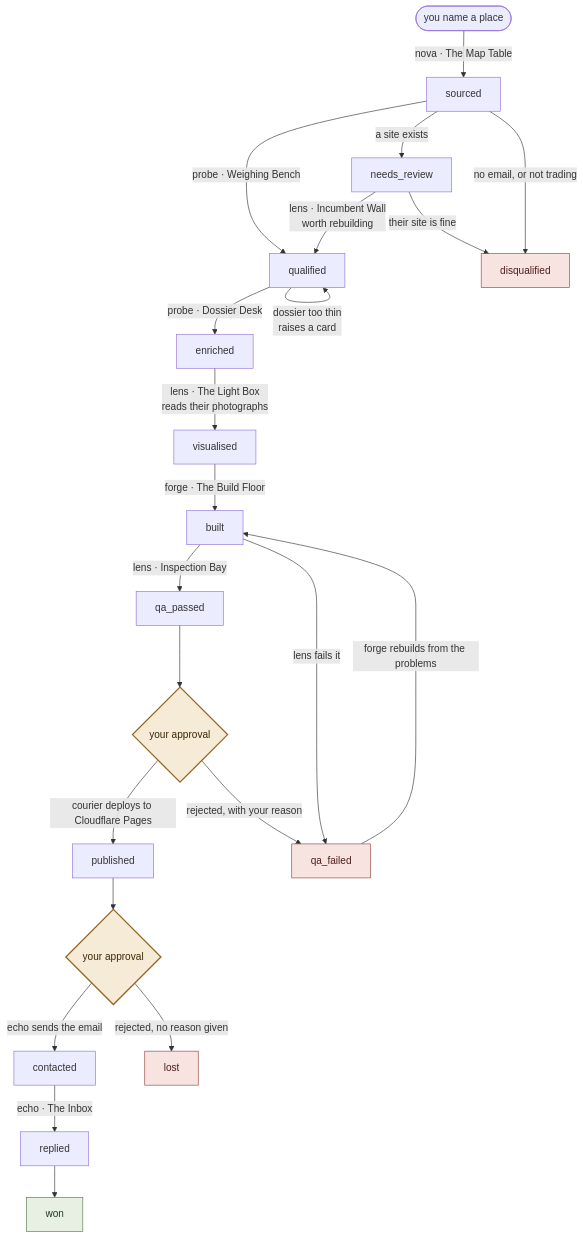
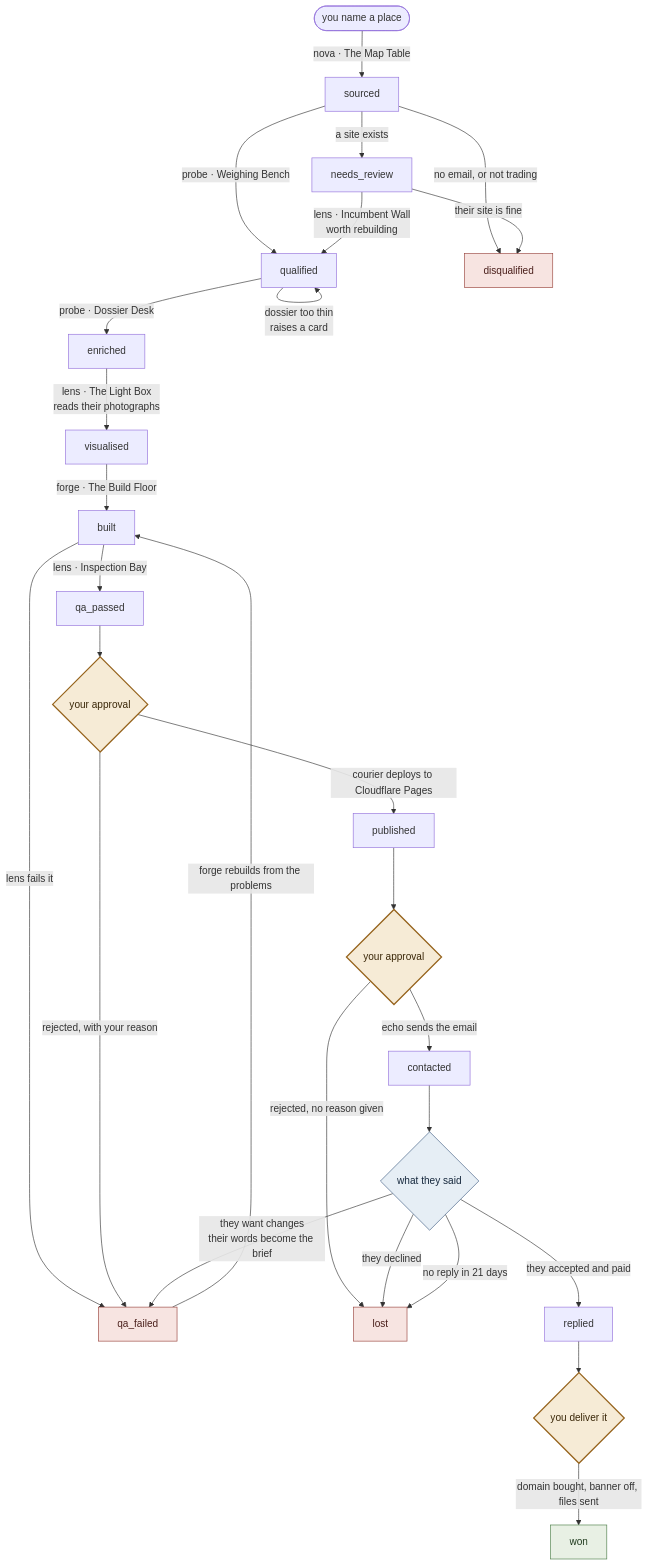
Before and after one commit to emaurel/tanrim: the diagram in README.md, drawn with Mermaid. The commit also changed other lines of this file and 10 other files, not shown here.

````diff
--- a/README.md
+++ b/README.md
@@ -34,39 +34,47 @@
 ```mermaid
 flowchart TD
     START(["you name a place"]) -->|"nova · The Map Table"| sourced
 
     sourced["sourced"] -->|"probe · Weighing Bench"| qualified
     sourced -->|"a site exists"| needs_review
     sourced -->|"no email, or not trading"| disqualified
 
     needs_review["needs_review"] -->|"lens · Incumbent Wall<br/>worth rebuilding"| qualified
     needs_review -->|"their site is fine"| disqualified
 
     qualified["qualified"] -->|"probe · Dossier Desk"| enriched
     qualified -->|"dossier too thin<br/>raises a card"| qualified
 
     enriched["enriched"] -->|"lens · The Light Box<br/>reads their photographs"| visualised
     visualised["visualised"] -->|"forge · The Build Floor"| built
 
     built["built"] -->|"lens · Inspection Bay"| qa_passed
     built -->|"lens fails it"| qa_failed
     qa_failed["qa_failed"] -->|"forge rebuilds from the problems"| built
 
     qa_passed["qa_passed"] --> G1{"your approval"}
     G1 -->|"courier deploys to Cloudflare Pages"| published
     G1 -->|"rejected, with your reason"| qa_failed
 
     published["published"] --> G2{"your approval"}
     G2 -->|"echo sends the email"| contacted
     G2 -->|"rejected, no reason given"| lost
 
-    contacted["contacted"] -->|"echo · The Inbox"| replied
-    replied["replied"] --> won["won"]
+    contacted["contacted"] --> R{"what they said"}
+    R -->|"they want changes<br/>their words become the brief"| qa_failed
+    R -->|"they accepted and paid"| replied
+    R -->|"they declined"| lost
+    R -->|"no reply in 21 days"| lost
+
+    replied["replied"] --> G3{"you deliver it"}
+    G3 -->|"domain bought, banner off, files sent"| won["won"]
 
     classDef gate fill:#f6ebd6,stroke:#96631c,stroke-width:2px,color:#3a2708
     classDef dead fill:#f7e4e1,stroke:#97423b,color:#4a1f1b
     classDef done fill:#e8f0e4,stroke:#4a7c46,color:#1f3a1d
-    class G1,G2 gate
+    classDef reply fill:#e6eef5,stroke:#3d5a80,color:#16283d
+    class G1,G2,G3 gate
+    class R reply
     class disqualified,qa_failed,lost dead
     class won done
 ```
````
